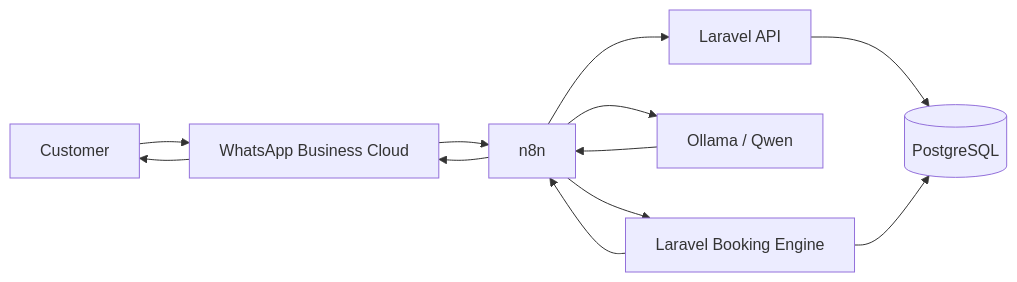
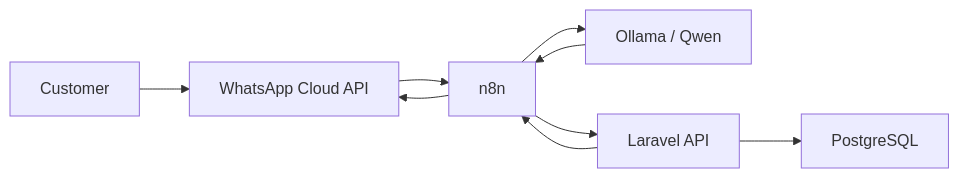
Before and after one commit to eenoo2005-star/FrontDesk-AI: the diagram in README.md, drawn with Mermaid. The commit also changed other lines of this file, not shown here.

````diff
--- a/README.md
+++ b/README.md
@@ -180,18 +98,11 @@
 ```mermaid
-flowchart LR
-    A[Customer] --> B[WhatsApp Business Cloud]
-    B --> C[n8n]
-
-    C --> D[Laravel API]
-    D --> E[(PostgreSQL)]
-
-    C --> F[Ollama / Qwen]
-    F --> C
-
-    C --> G[Laravel Booking Engine]
-    G --> E
-
-    G --> C
+graph LR
+    A["Customer"] --> B["WhatsApp Cloud API"]
+    B --> C["n8n"]
+    C --> D["Ollama / Qwen"]
+    D --> C
+    C --> E["Laravel API"]
+    E --> F["PostgreSQL"]
+    E --> C
     C --> B
-    B --> A
 ```
````
